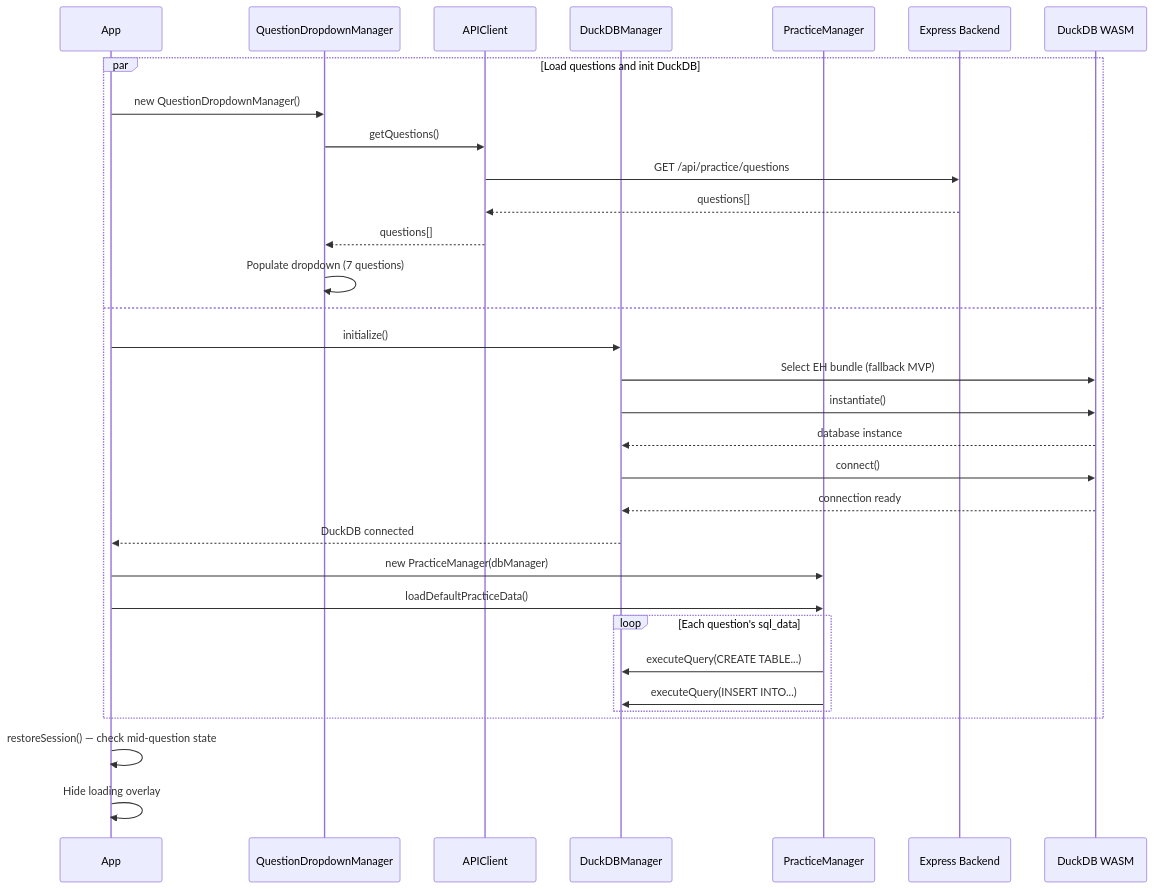
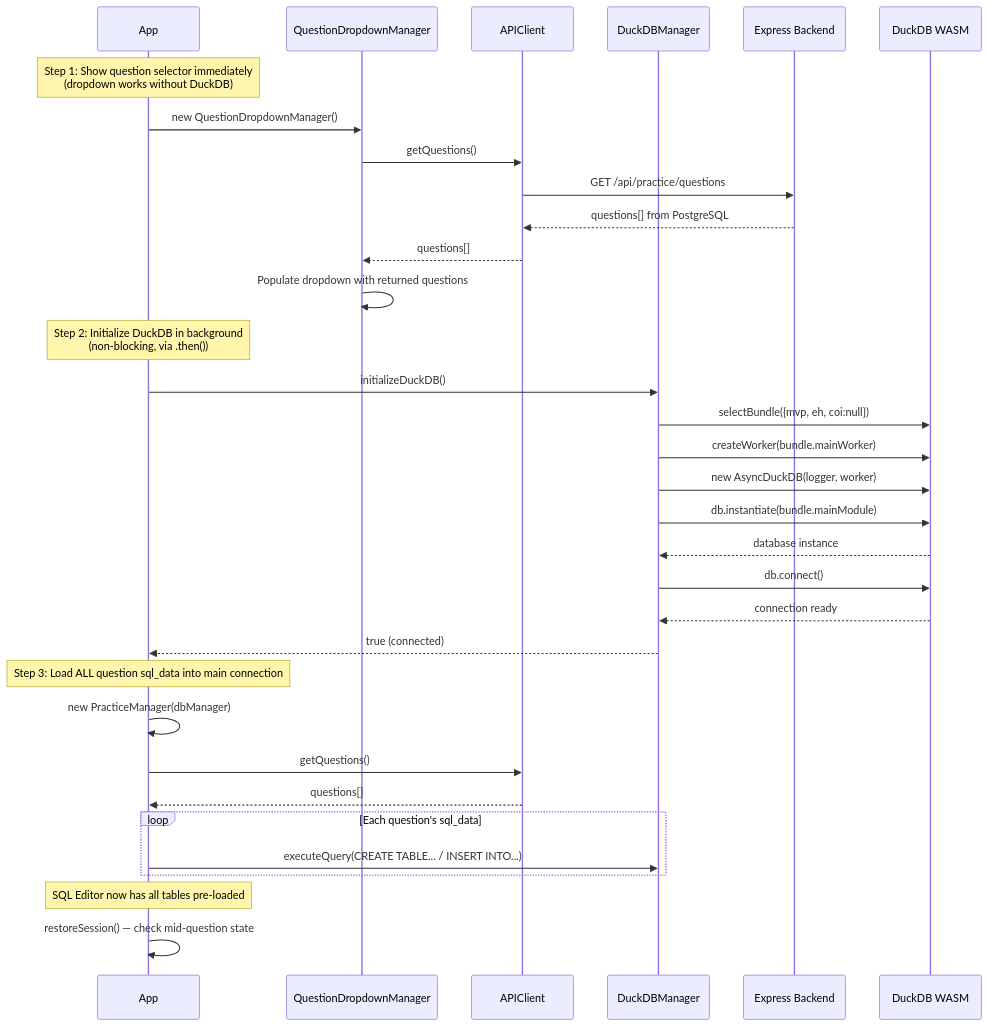
Before and after one commit to prateekpanjla-outlook/duckdb-wasm-ide: the second of 7 diagrams in docs/sequence-diagram.md, drawn with Mermaid. The commit also changed other lines of this file, not shown here.

First line of the commit message:
docs: align sequence diagrams with current code

````diff
--- a/docs/sequence-diagram.md
+++ b/docs/sequence-diagram.md
@@ -44,36 +52,39 @@
 ```mermaid
 sequenceDiagram
     participant App as App
     participant QDD as QuestionDropdownManager
     participant API as APIClient
     participant DM as DuckDBManager
-    participant PM as PracticeManager
     participant BE as Express Backend
     participant WASM as DuckDB WASM
 
-    par Load questions and init DuckDB
-        App->>QDD: new QuestionDropdownManager()
-        QDD->>API: getQuestions()
-        API->>BE: GET /api/practice/questions
-        BE-->>API: questions[]
-        API-->>QDD: questions[]
-        QDD->>QDD: Populate dropdown (7 questions)
-    and
-        App->>DM: initialize()
-        DM->>WASM: Select EH bundle (fallback MVP)
-        DM->>WASM: instantiate()
-        WASM-->>DM: database instance
-        DM->>WASM: connect()
-        WASM-->>DM: connection ready
-        DM-->>App: DuckDB connected
-        App->>PM: new PracticeManager(dbManager)
-        App->>PM: loadDefaultPracticeData()
-        loop Each question's sql_data
-            PM->>DM: executeQuery(CREATE TABLE...)
-            PM->>DM: executeQuery(INSERT INTO...)
-        end
+    Note over App: Step 1: Show question selector immediately<br/>(dropdown works without DuckDB)
+    App->>QDD: new QuestionDropdownManager()
+    QDD->>API: getQuestions()
+    API->>BE: GET /api/practice/questions
+    BE-->>API: questions[] from PostgreSQL
+    API-->>QDD: questions[]
+    QDD->>QDD: Populate dropdown with returned questions
+
+    Note over App: Step 2: Initialize DuckDB in background<br/>(non-blocking, via .then())
+    App->>DM: initializeDuckDB()
+    DM->>WASM: selectBundle({mvp, eh, coi:null})
+    DM->>WASM: createWorker(bundle.mainWorker)
+    DM->>WASM: new AsyncDuckDB(logger, worker)
+    DM->>WASM: db.instantiate(bundle.mainModule)
+    WASM-->>DM: database instance
+    DM->>WASM: db.connect()
+    WASM-->>DM: connection ready
+    DM-->>App: true (connected)
+
+    Note over App: Step 3: Load ALL question sql_data into main connection
+    App->>App: new PracticeManager(dbManager)
+    App->>API: getQuestions()
+    API-->>App: questions[]
+    loop Each question's sql_data
+        App->>DM: executeQuery(CREATE TABLE... / INSERT INTO...)
     end
+    Note over App: SQL Editor now has all tables pre-loaded
 
     App->>App: restoreSession() — check mid-question state
-    App->>App: Hide loading overlay
 ```
````
